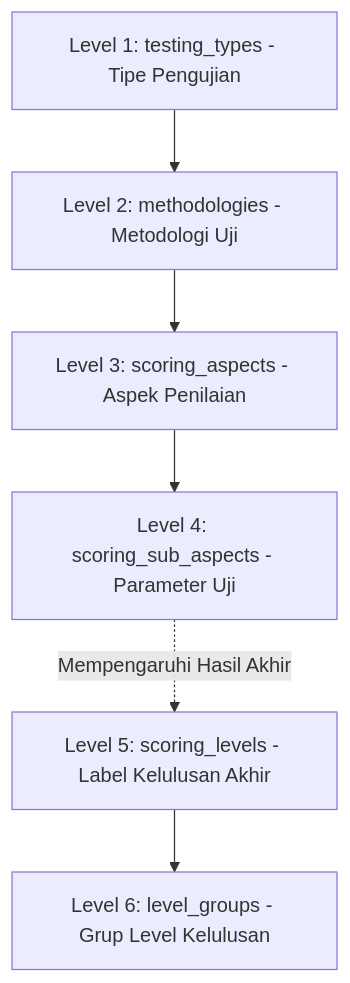
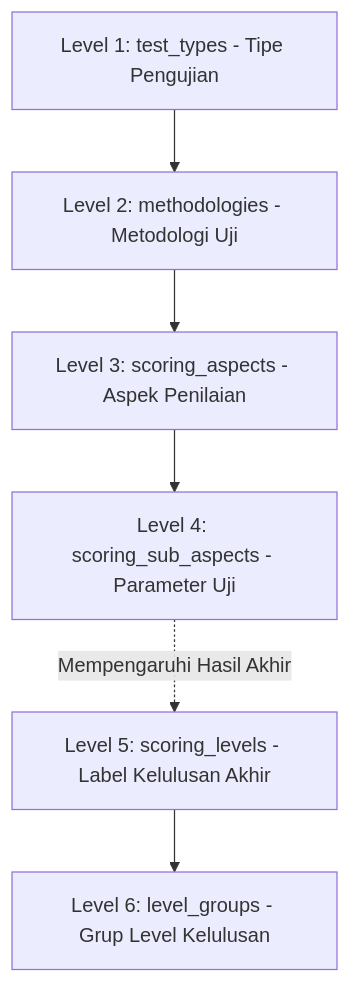
Before and after one commit to nurkholim15-bot/lims: the second of 4 diagrams in system_documentation_lims.md, drawn with Mermaid. The commit also changed other lines of this file and 15 other files, not shown here.

````diff
--- a/system_documentation_lims.md
+++ b/system_documentation_lims.md
@@ -655,9 +655,9 @@
 ```mermaid
 graph TD
-    L1[Level 1: testing_types - Tipe Pengujian] --> L2[Level 2: methodologies - Metodologi Uji]
+    L1[Level 1: test_types - Tipe Pengujian] --> L2[Level 2: methodologies - Metodologi Uji]
     L2 --> L3[Level 3: scoring_aspects - Aspek Penilaian]
     L3 --> L4[Level 4: scoring_sub_aspects - Parameter Uji]
     
     L4 -.->|Mempengaruhi Hasil Akhir| L5[Level 5: scoring_levels - Label Kelulusan Akhir]
     L5 --> L6[Level 6: level_groups - Grup Level Kelulusan]
 ```
````
